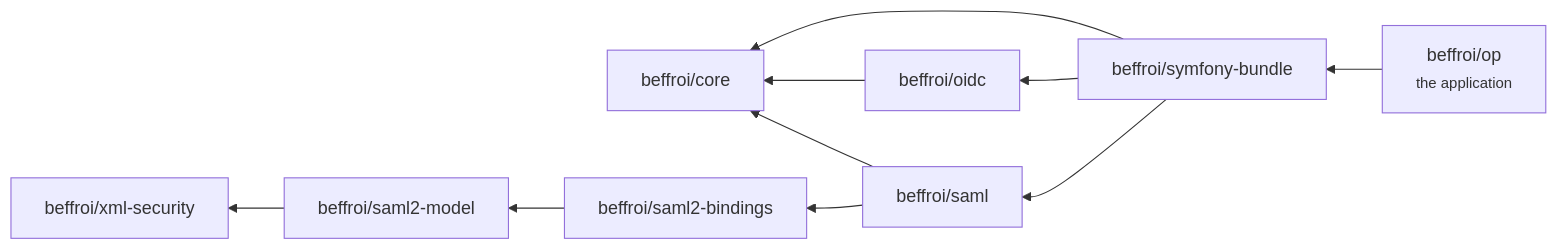
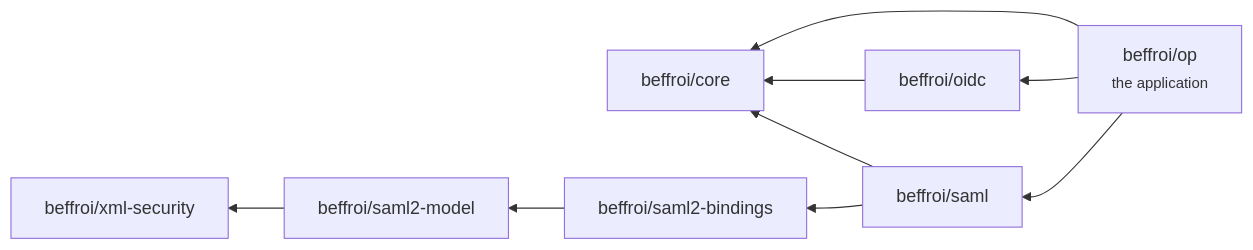
One commit to beffroi-auth/docs changed the diagram in docs/the-project/packages.md. Above: the diagram before and after it, drawn with Mermaid. The commit also changed other lines of this file and 73 other files, not shown here.

````diff
--- a/docs/the-project/packages.md
+++ b/docs/the-project/packages.md
@@ -60,12 +61,11 @@
 ``` mermaid
 graph RL
-  op["beffroi/op<br/><small>the application</small>"] --> bundle["beffroi/symfony-bundle"]
-  bundle --> oidc["beffroi/oidc"]
-  bundle --> saml["beffroi/saml"]
-  bundle --> core["beffroi/core"]
+  op["beffroi/op<br/><small>the application</small>"] --> oidc["beffroi/oidc"]
+  op --> saml["beffroi/saml"]
+  op --> core["beffroi/core"]
   oidc --> core
   saml --> core
   saml --> bindings["beffroi/saml2-bindings"]
   bindings --> model["beffroi/saml2-model"]
   model --> xml["beffroi/xml-security"]
 ```
````
